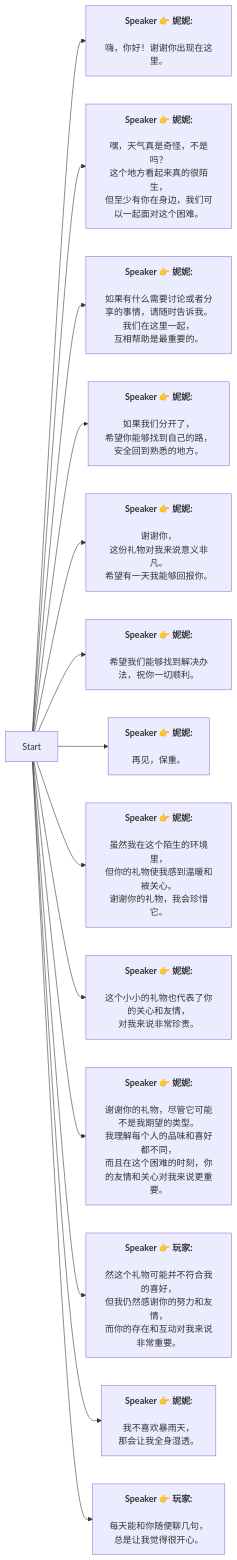
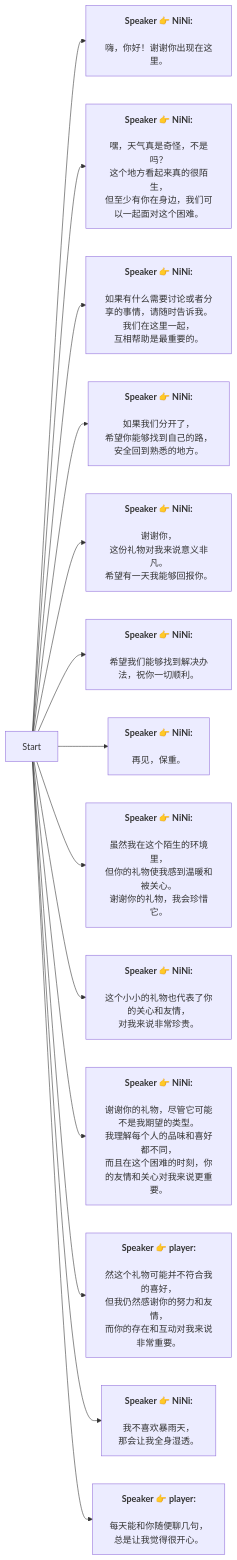
Before and after one commit to SoftHu/tos_avg: the diagram in Zh/NiNi.md, drawn with Mermaid. The commit also changed 737 other files, not shown here.

````diff
--- a/Zh/NiNi.md
+++ b/Zh/NiNi.md
@@ -1,60 +1,47 @@
 ```mermaid
 graph LR
-Start -->1734730740230258[<b>Speaker 👉 妮妮:</b>
-
-嗨，你好！谢谢你出现在这里。]
-Start -->1734730744063091[<b>Speaker 👉 妮妮:</b>
-
-嘿，天气真是奇怪，不是吗？
+Start -->1734730740230258[<b>Speaker 👉 NiNi:</b>
+\n嗨，你好！谢谢你出现在这里。]
+Start -->1734730744063091[<b>Speaker 👉 NiNi:</b>
+\n嘿，天气真是奇怪，不是吗？
 这个地方看起来真的很陌生，
 但至少有你在身边，我们可以一起面对这个困难。]
-Start -->1734730747935860[<b>Speaker 👉 妮妮:</b>
-
-如果有什么需要讨论或者分享的事情，请随时告诉我。
+Start -->1734730747935860[<b>Speaker 👉 NiNi:</b>
+\n如果有什么需要讨论或者分享的事情，请随时告诉我。
 我们在这里一起，
 互相帮助是最重要的。]
-Start -->1734731567891567[<b>Speaker 👉 妮妮:</b>
-
-如果我们分开了，
+Start -->1734731567891567[<b>Speaker 👉 NiNi:</b>
+\n如果我们分开了，
 希望你能够找到自己的路，
 安全回到熟悉的地方。]
-Start -->1734731733276786[<b>Speaker 👉 妮妮:</b>
-
-谢谢你，
+Start -->1734731733276786[<b>Speaker 👉 NiNi:</b>
+\n谢谢你，
 这份礼物对我来说意义非凡。
 希望有一天我能够回报你。]
-Start -->1734731595610224[<b>Speaker 👉 妮妮:</b>
-
-希望我们能够找到解决办法，祝你一切顺利。]
-Start -->1734731600038001[<b>Speaker 👉 妮妮:</b>
-
-再见，保重。]
-Start -->1734732020340855[<b>Speaker 👉 妮妮:</b>
-
-虽然我在这个陌生的环境里，
+Start -->1734731595610224[<b>Speaker 👉 NiNi:</b>
+\n希望我们能够找到解决办法，祝你一切顺利。]
+Start -->1734731600038001[<b>Speaker 👉 NiNi:</b>
+\n再见，保重。]
+Start -->1734732020340855[<b>Speaker 👉 NiNi:</b>
+\n虽然我在这个陌生的环境里，
 但你的礼物使我感到温暖和被关心。
 谢谢你的礼物，我会珍惜它。]
-Start -->1734732140215416[<b>Speaker 👉 妮妮:</b>
-
-这个小小的礼物也代表了你的关心和友情，
+Start -->1734732140215416[<b>Speaker 👉 NiNi:</b>
+\n这个小小的礼物也代表了你的关心和友情，
 对我来说非常珍贵。]
-Start -->1734732145267833[<b>Speaker 👉 妮妮:</b>
-
-谢谢你的礼物，尽管它可能不是我期望的类型。
+Start -->1734732145267833[<b>Speaker 👉 NiNi:</b>
+\n谢谢你的礼物，尽管它可能不是我期望的类型。
 我理解每个人的品味和喜好都不同，
 而且在这个困难的时刻，你的友情和关心对我来说更重要。]
-Start -->1734732156119162[<b>Speaker 👉 玩家:</b>
-
-然这个礼物可能并不符合我的喜好，
+Start -->1734732156119162[<b>Speaker 👉 player:</b>
+\n然这个礼物可能并不符合我的喜好，
 但我仍然感谢你的努力和友情，
 而你的存在和互动对我来说非常重要。]
-Start -->1734733236163709[<b>Speaker 👉 妮妮:</b>
-
-我不喜欢暴雨天，
+Start -->1734733236163709[<b>Speaker 👉 NiNi:</b>
+\n我不喜欢暴雨天，
 那会让我全身湿透。]
-Start -->1734733242721406[<b>Speaker 👉 玩家:</b>
-
-每天能和你随便聊几句，
+Start -->1734733242721406[<b>Speaker 👉 player:</b>
+\n每天能和你随便聊几句，
 总是让我觉得很开心。]
 
- ```
+```
````
